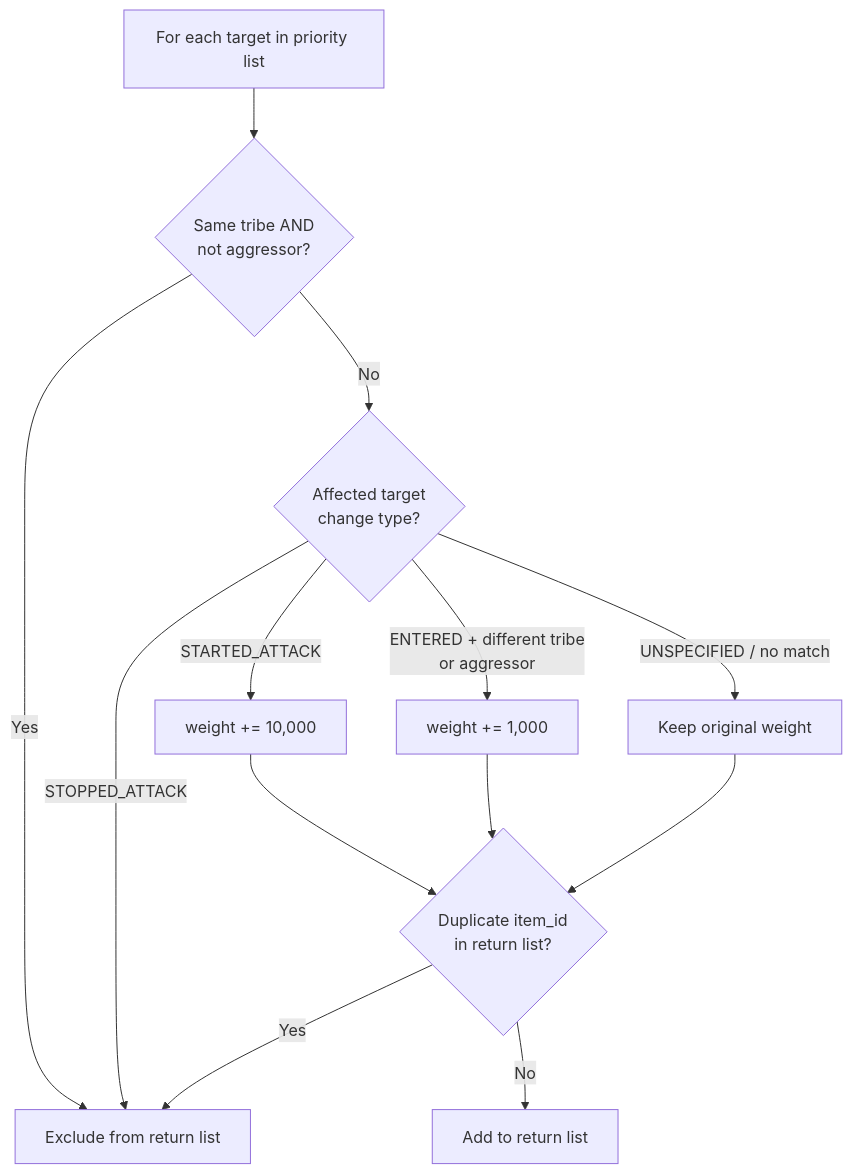
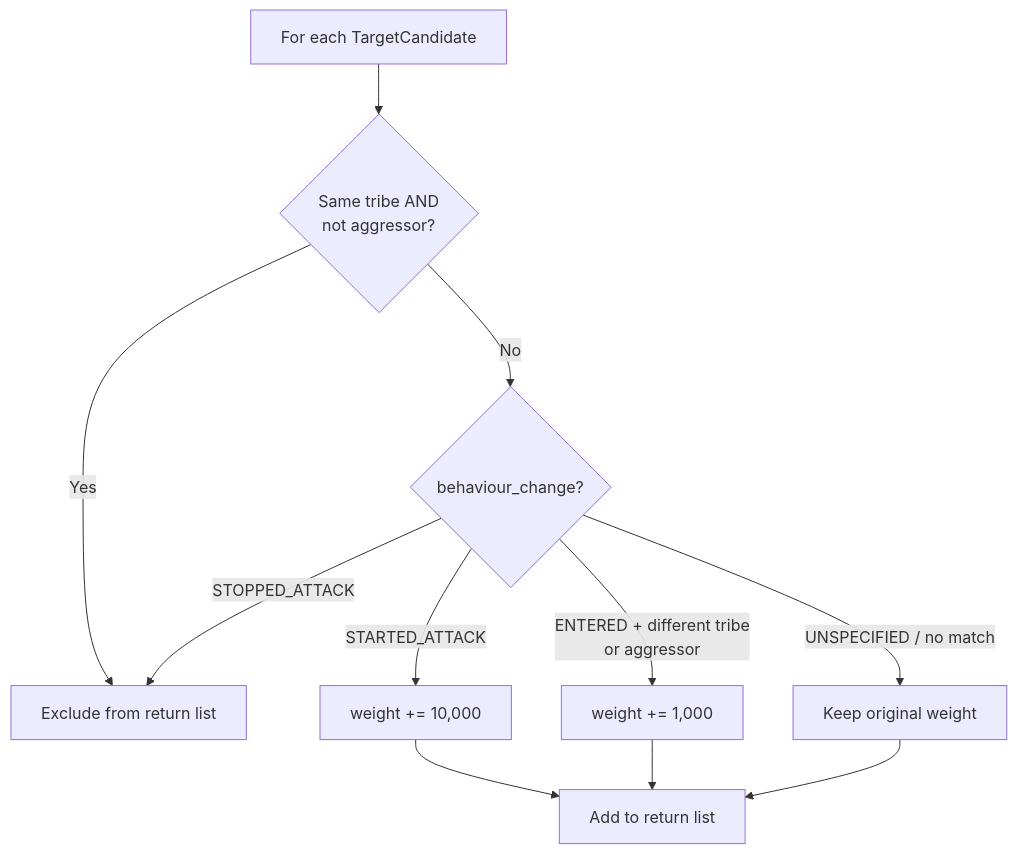
One commit to Scetrov/frontier.scetrov.live changed the second of 3 diagrams in content/develop/world-contracts/assemblies/turret.move.md. Above: the diagram before and after it, drawn with Mermaid. The commit also changed other lines of this file and 7 other files, not shown here.

````diff
--- a/content/develop/world-contracts/assemblies/turret.move.md
+++ b/content/develop/world-contracts/assemblies/turret.move.md
@@ -241,15 +233,13 @@
 ```mermaid
 flowchart TD
-    A[For each target in priority list] --> B{Same tribe AND\nnot aggressor?}
+    A[For each TargetCandidate] --> B{Same tribe AND\nnot aggressor?}
     B -->|Yes| X[Exclude from return list]
-    B -->|No| C{Affected target\nchange type?}
+    B -->|No| C{behaviour_change?}
     C -->|STOPPED_ATTACK| X
     C -->|STARTED_ATTACK| D["weight += 10,000"]
     C -->|ENTERED + different tribe\nor aggressor| E["weight += 1,000"]
     C -->|UNSPECIFIED / no match| F[Keep original weight]
-    D --> G{Duplicate item_id\nin return list?}
-    E --> G
-    F --> G
-    G -->|Yes| X
-    G -->|No| H[Add to return list]
+    D --> H[Add to return list]
+    E --> H
+    F --> H
 ```
````
